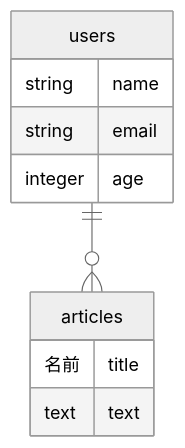
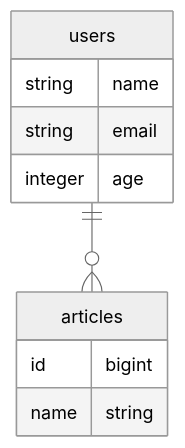
Before and after one commit to rtkjm22/homeCareNavi_2nd_API: the diagram in README.md, drawn with Mermaid (neutral theme).

````diff
--- a/README.md
+++ b/README.md
@@ -36,15 +36,15 @@
 ```mermaid
 erDiagram
     users ||--o{ articles: ""
 
 users {
   string name
   string email
   integer age
 }
 
 articles {
-  名前 title
-  text text
+  id bigint
+  name string
 }
 ```
````
